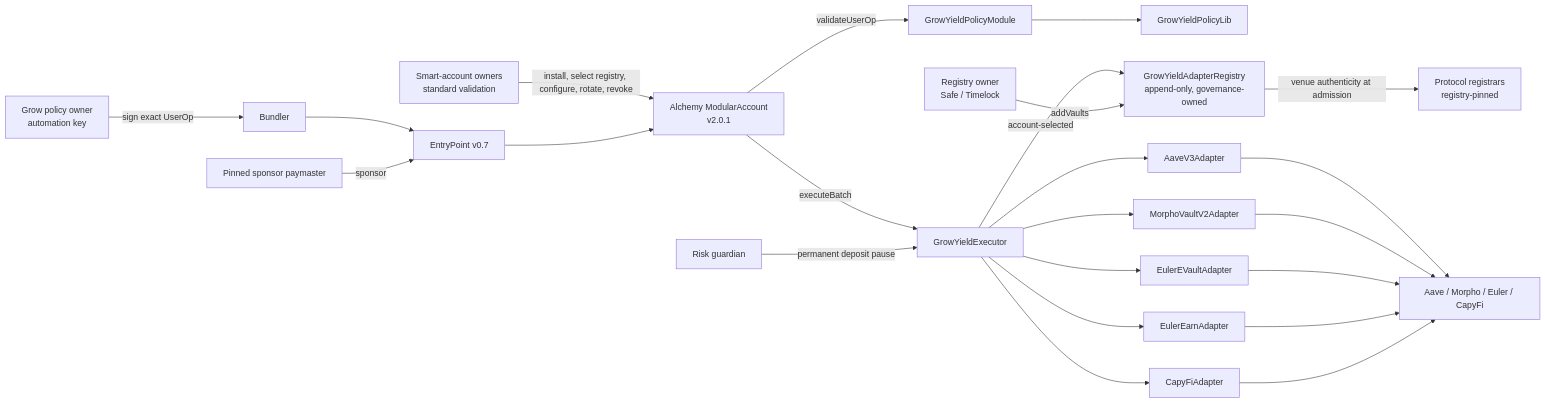
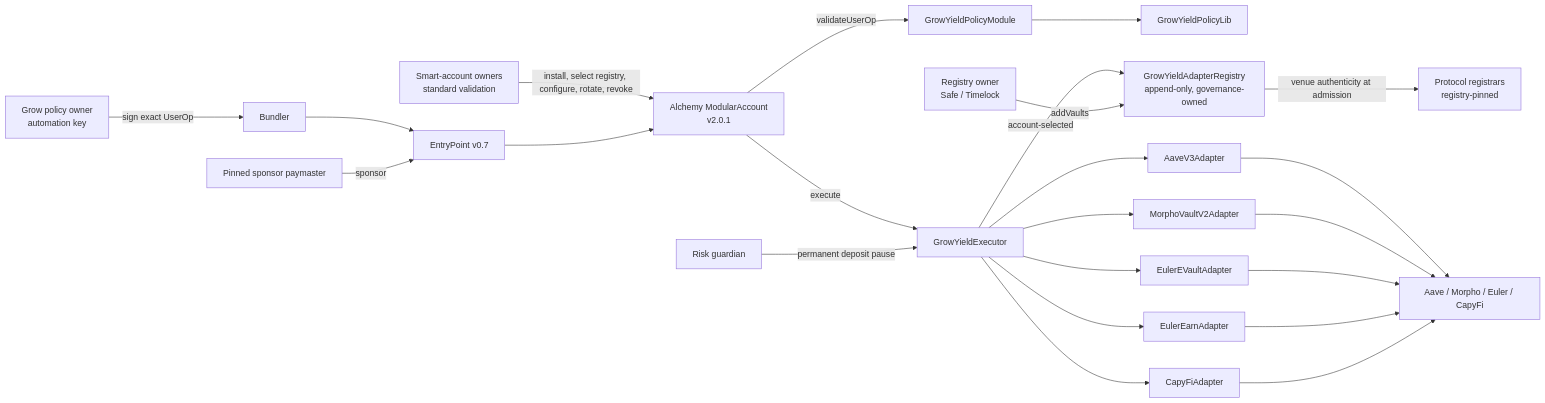
One commit to getgrowapp/smart-contracts changed the first of 4 diagrams in docs/ARCHITECTURE.md. Above: the diagram before and after it, drawn with Mermaid. The commit also changed other lines of this file and 18 other files, not shown here.

````diff
--- a/docs/ARCHITECTURE.md
+++ b/docs/ARCHITECTURE.md
@@ -20,44 +20,44 @@
 ```mermaid
 flowchart LR
     Owners["Smart-account owners\nstandard validation"]
     PolicyOwner["Grow policy owner\nautomation key"]
     Bundler[Bundler]
     EP["EntryPoint v0.7"]
     Account["Alchemy ModularAccount\nv2.0.1"]
     Policy["GrowYieldPolicyModule"]
     PolicyLib["GrowYieldPolicyLib"]
     Executor["GrowYieldExecutor"]
     Registry["GrowYieldAdapterRegistry\nappend-only, governance-owned"]
     Registrars["Protocol registrars\nregistry-pinned"]
     Guardian["Risk guardian"]
     Aave[AaveV3Adapter]
     Morpho[MorphoVaultV2Adapter]
     EulerEVK[EulerEVaultAdapter]
     EulerEarn[EulerEarnAdapter]
     Capy[CapyFiAdapter]
     Venues["Aave / Morpho / Euler / CapyFi"]
     Paymaster["Pinned sponsor paymaster"]
 
     Owners -->|install, select registry, configure, rotate, revoke| Account
     PolicyOwner -->|sign exact UserOp| Bundler
     Bundler --> EP
     Paymaster -->|sponsor| EP
     EP --> Account
     Account -->|validateUserOp| Policy
     Policy --> PolicyLib
-    Account -->|executeBatch| Executor
+    Account -->|execute| Executor
     Executor -->|account-selected| Registry
     Registry -->|venue authenticity at admission| Registrars
     Executor --> Aave
     Executor --> Morpho
     Executor --> EulerEVK
     Executor --> EulerEarn
     Executor --> Capy
     Aave --> Venues
     Morpho --> Venues
     EulerEVK --> Venues
     EulerEarn --> Venues
     Capy --> Venues
     Guardian -->|permanent deposit pause| Executor
     Gov["Registry owner\nSafe / Timelock"] -->|addVaults| Registry
 ```
````
